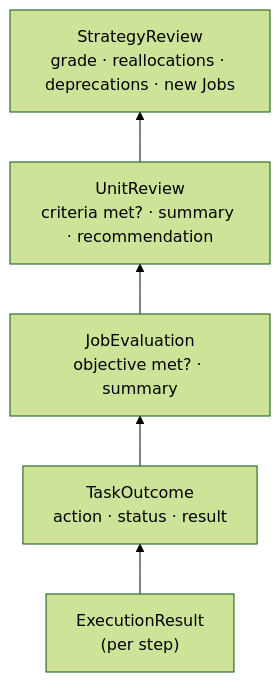
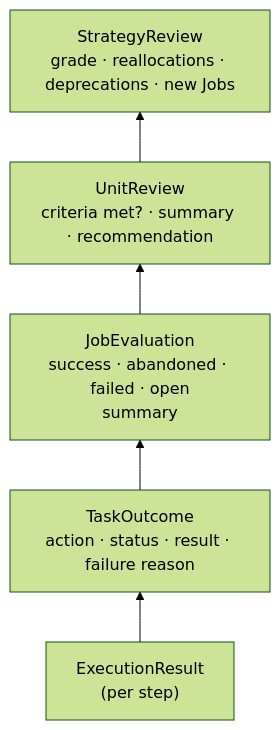
One commit to BaraaSoft/agentcores changed the fourth of 5 diagrams in packages/backend/src/reasoning/tech-spec.md. Above: the diagram before and after it, drawn with Mermaid (forest theme). The commit also changed other lines of this file and 36 other files, not shown here.

First line of the commit message:
Enhance job and task management in governance module

````diff
--- a/packages/backend/src/reasoning/tech-spec.md
+++ b/packages/backend/src/reasoning/tech-spec.md
@@ -143,7 +172,7 @@
 ```mermaid
 flowchart BT
-    Exec["ExecutionResult<br/>(per step)"] --> TaskOut["TaskOutcome<br/>action · status · result"]
-    TaskOut --> JobEval["JobEvaluation<br/>objective met? · summary"]
+    Exec["ExecutionResult<br/>(per step)"] --> TaskOut["TaskOutcome<br/>action · status · result · failure reason"]
+    TaskOut --> JobEval["JobEvaluation<br/>success · abandoned · failed · open<br/>summary"]
     JobEval --> UnitRev["UnitReview<br/>criteria met? · summary · recommendation"]
     UnitRev --> StratRev["StrategyReview<br/>grade · reallocations · deprecations · new Jobs"]
 ```
````
